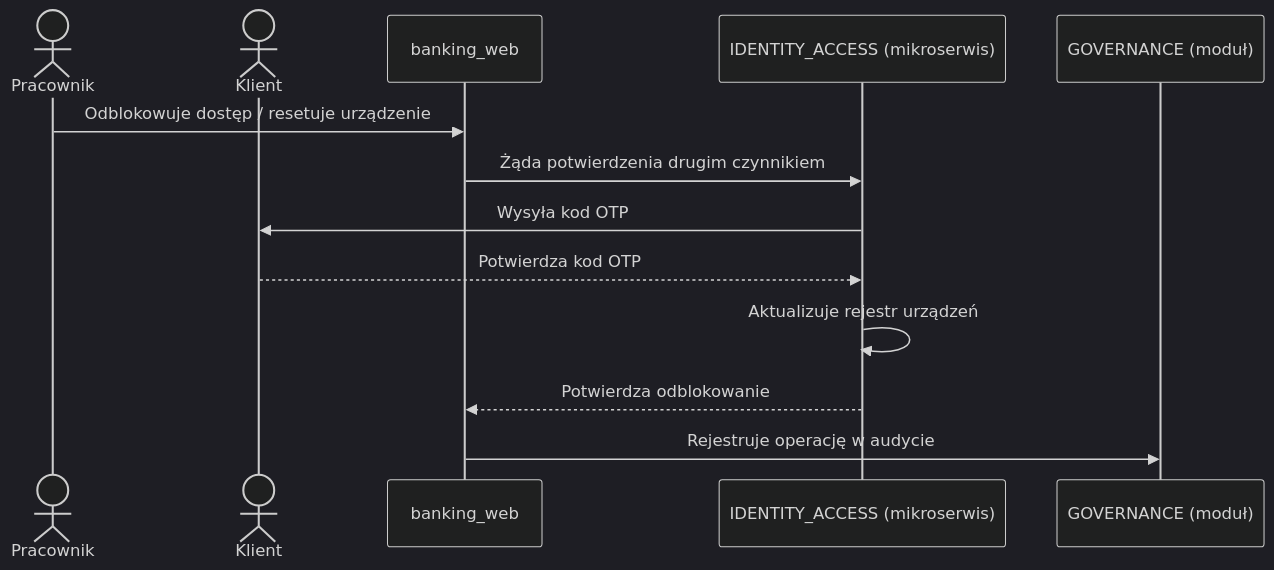
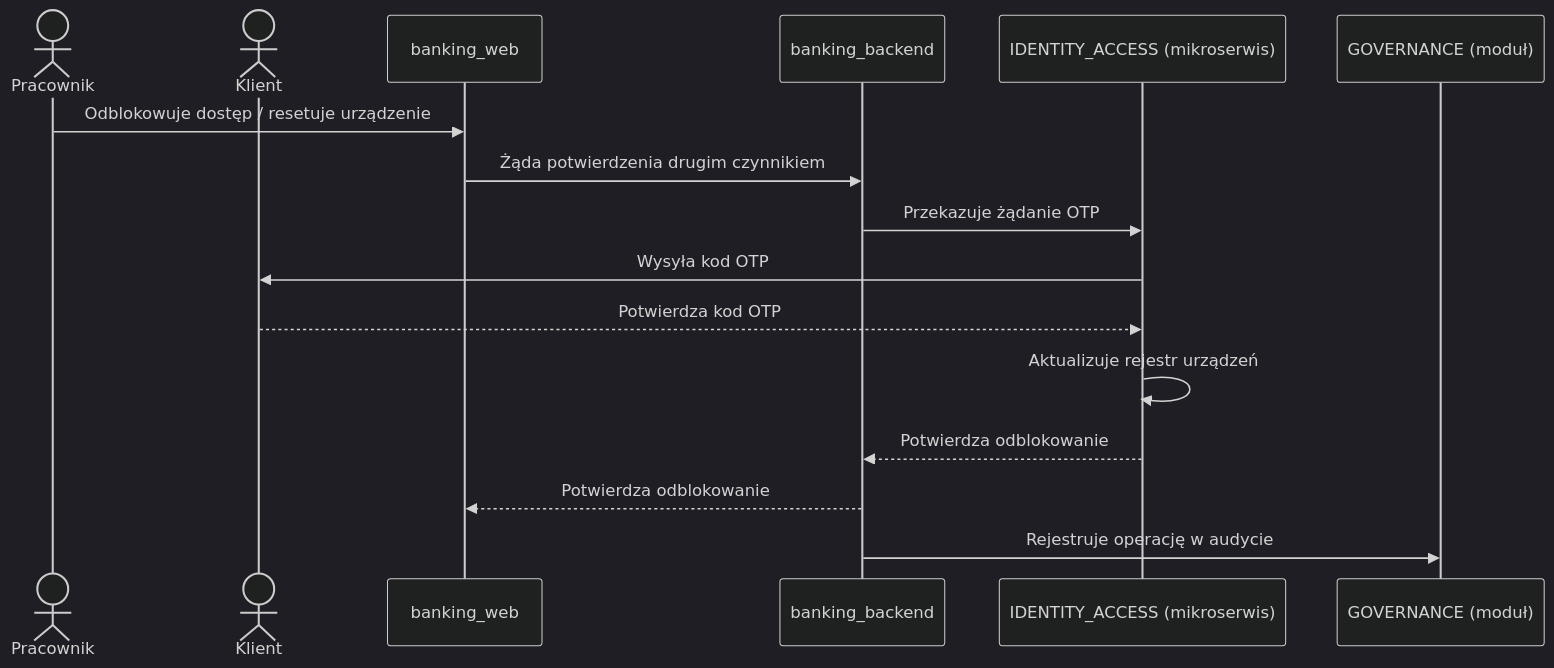
One commit to RobertNeat/Enterprise_Banking_Platform changed the fifth of 8 diagrams in docs/banking_web_functions(concise).md. Above: the diagram before and after it, drawn with Mermaid (dark theme). The commit also changed other lines of this file and 106 other files, not shown here.

````diff
--- a/docs/banking_web_functions(concise).md
+++ b/docs/banking_web_functions(concise).md
@@ -380,16 +390,19 @@
 ```mermaid
 sequenceDiagram
     actor Pracownik
     actor Klient
     participant WEB as banking_web
+    participant BB as banking_backend
     participant IAM as IDENTITY_ACCESS (mikroserwis)
     participant GOV as GOVERNANCE (moduł)
 
     Pracownik->>WEB: Odblokowuje dostęp / resetuje urządzenie
-    WEB->>IAM: Żąda potwierdzenia drugim czynnikiem
+    WEB->>BB: Żąda potwierdzenia drugim czynnikiem
+    BB->>IAM: Przekazuje żądanie OTP
     IAM->>Klient: Wysyła kod OTP
     Klient-->>IAM: Potwierdza kod OTP
     IAM->>IAM: Aktualizuje rejestr urządzeń
-    IAM-->>WEB: Potwierdza odblokowanie
-    WEB->>GOV: Rejestruje operację w audycie
+    IAM-->>BB: Potwierdza odblokowanie
+    BB-->>WEB: Potwierdza odblokowanie
+    BB->>GOV: Rejestruje operację w audycie
 ```
````
